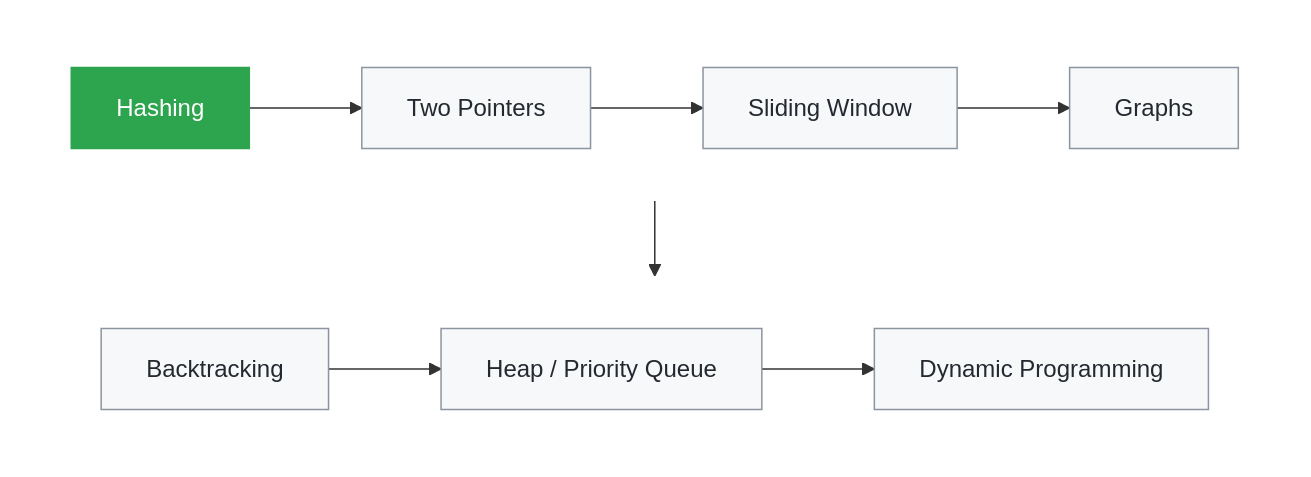
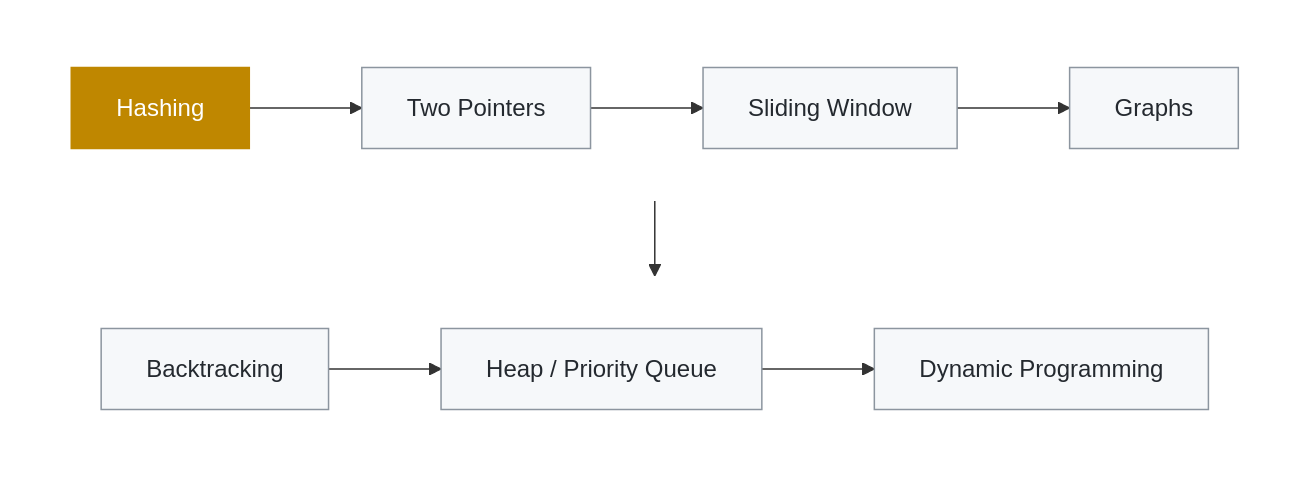
The diagram in README.md (yuviyashu/java-dsa-patterns), drawn with Mermaid before and after one commit. The commit also changed other lines of this file and 1 other file, not shown here.

Commit message:
Add in-progress roadmap state and align Two Sum Javadoc with template

````diff
--- a/README.md
+++ b/README.md
@@ -14,18 +14,19 @@
 ```mermaid
 flowchart TB
     subgraph row1 [" "]
         direction LR
         A[Hashing] --> B[Two Pointers] --> C[Sliding Window] --> D[Graphs]
     end
     subgraph row2 [" "]
         direction LR
         E[Backtracking] --> F[Heap / Priority Queue] --> G[Dynamic Programming]
     end
     row1 --> row2
     style row1 fill:none,stroke:none
     style row2 fill:none,stroke:none
     classDef done fill:#2da44e,color:#fff,stroke:#2da44e
+    classDef inprogress fill:#bf8700,color:#fff,stroke:#bf8700
     classDef next fill:#f6f8fa,color:#24292f,stroke:#8c959f
-    class A done
+    class A inprogress
     class B,C,D,E,F,G next
 ```
````
